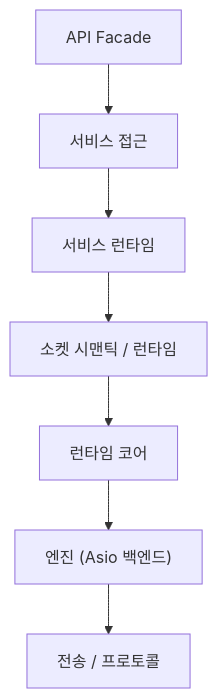
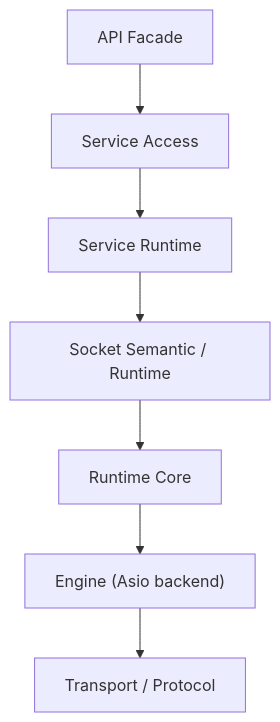
Before and after one commit to kairos-code-dev/zlink: the second of 2 diagrams in doc/internals/posd-module-structure.ko.md, drawn with Mermaid. The commit also changed other lines of this file and 53 other files, not shown here.

````diff
--- a/doc/internals/posd-module-structure.ko.md
+++ b/doc/internals/posd-module-structure.ko.md
@@ -214,9 +214,9 @@
 ```mermaid
 flowchart TB
-    A["API Facade"] --> B["서비스 접근"]
-    B --> C["서비스 런타임"]
-    C --> D["소켓 시맨틱 / 런타임"]
-    D --> E["런타임 코어"]
-    E --> F["엔진 (Asio 백엔드)"]
-    F --> G["전송 / 프로토콜"]
+    A["API Facade"] --> B["Service Access"]
+    B --> C["Service Runtime"]
+    C --> D["Socket Semantic / Runtime"]
+    D --> E["Runtime Core"]
+    E --> F["Engine (Asio backend)"]
+    F --> G["Transport / Protocol"]
 ```
````
